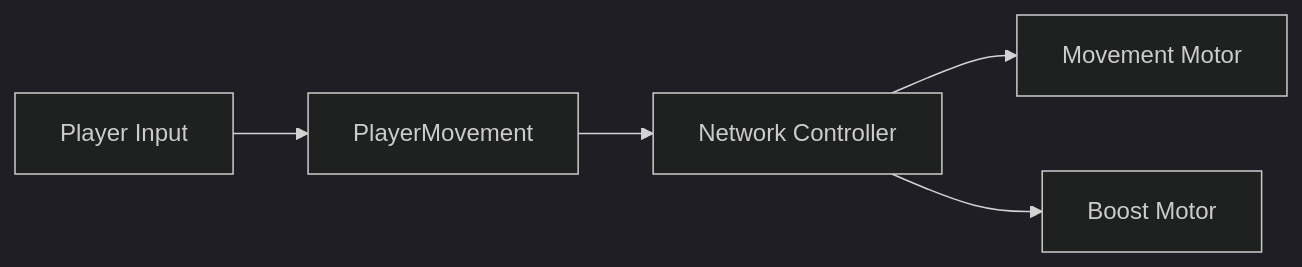
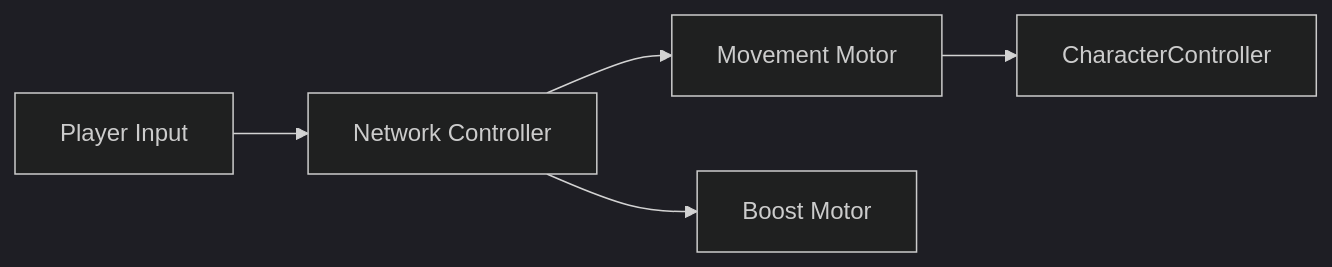
Before and after one commit to wjddh1999/RIP-Showcase: the first of 2 diagrams in README.md, drawn with Mermaid (dark theme). The commit also changed other lines of this file, not shown here.

````diff
--- a/README.md
+++ b/README.md
@@ -56,7 +56,7 @@
 ```mermaid
 flowchart LR
-    I[Player Input] --> M[PlayerMovement]
-    M --> N[Network Controller]
-    N --> L[Movement Motor]
+    I[Player Input] --> N[Network Controller]
+    N --> M[Movement Motor]
     N --> B[Boost Motor]
+    M --> C[CharacterController]
 ```
````
